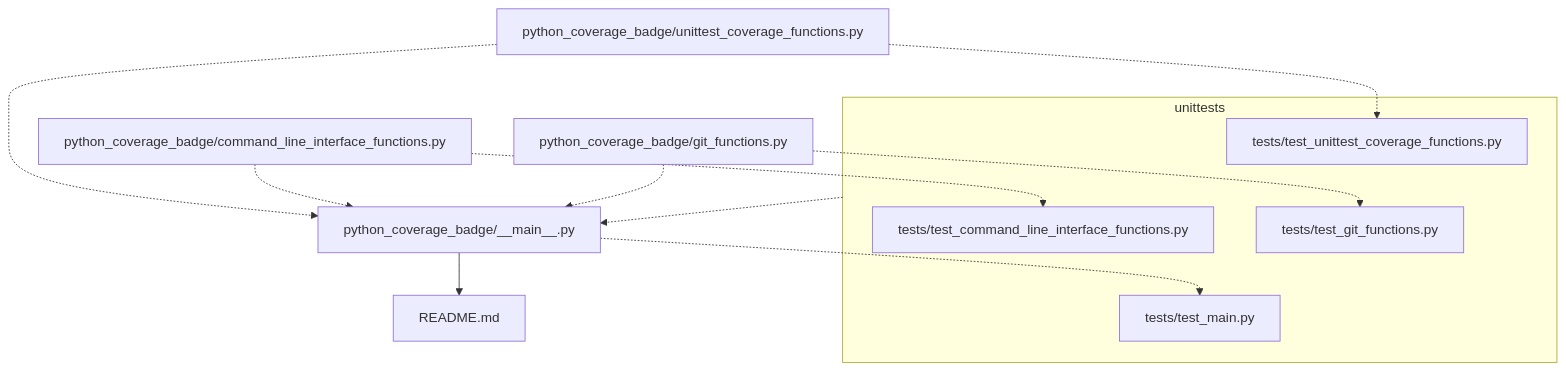
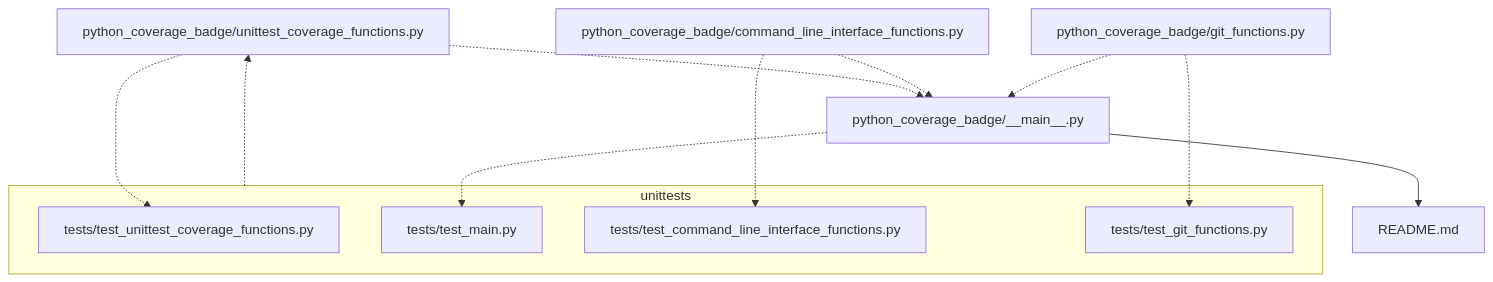
One commit to JosephCrispell/coverage_shield changed the diagram in README.md. Above: the diagram before and after it, drawn with Mermaid.

Commit message:
Fixing mermaid connections

````diff
--- a/README.md
+++ b/README.md
@@ -98,18 +98,18 @@
 ```mermaid
   graph TD
     coverage_functions[python_coverage_badge/unittest_coverage_functions.py] .-> main[python_coverage_badge/__main__.py];
     coverage_functions .-> test_coverage[tests/test_unittest_coverage_functions.py];
     main --> readme[README.md];
     main .-> test_main[tests/test_main.py];
     cli_functions[python_coverage_badge/command_line_interface_functions.py] .-> main;
     cli_functions .-> test_cli[tests/test_command_line_interface_functions.py];
     git_functions[python_coverage_badge/git_functions.py] .-> main;
     git_functions .-> test_git[tests/test_git_functions.py];
     subgraph "unittests"
         test_coverage;
         test_cli;
         test_git;
         test_main;
     end
-    unittests .-> main
+    unittests .-> coverage_functions
 ```
````
